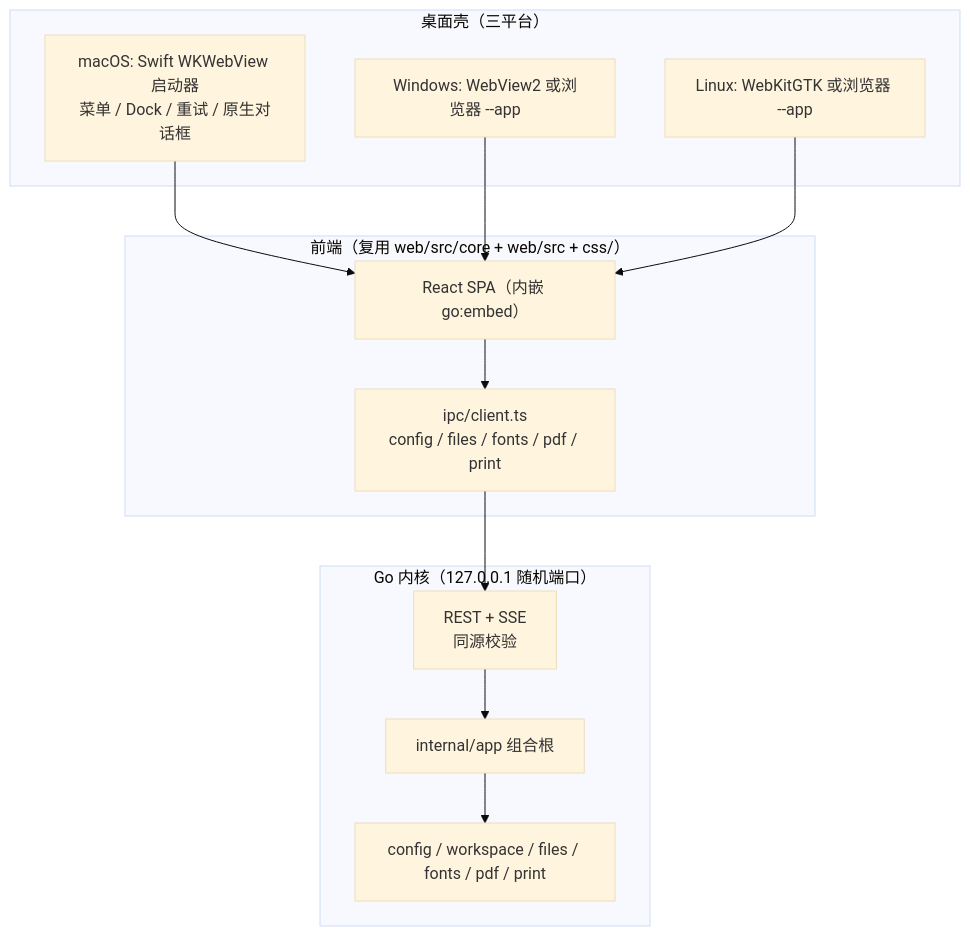
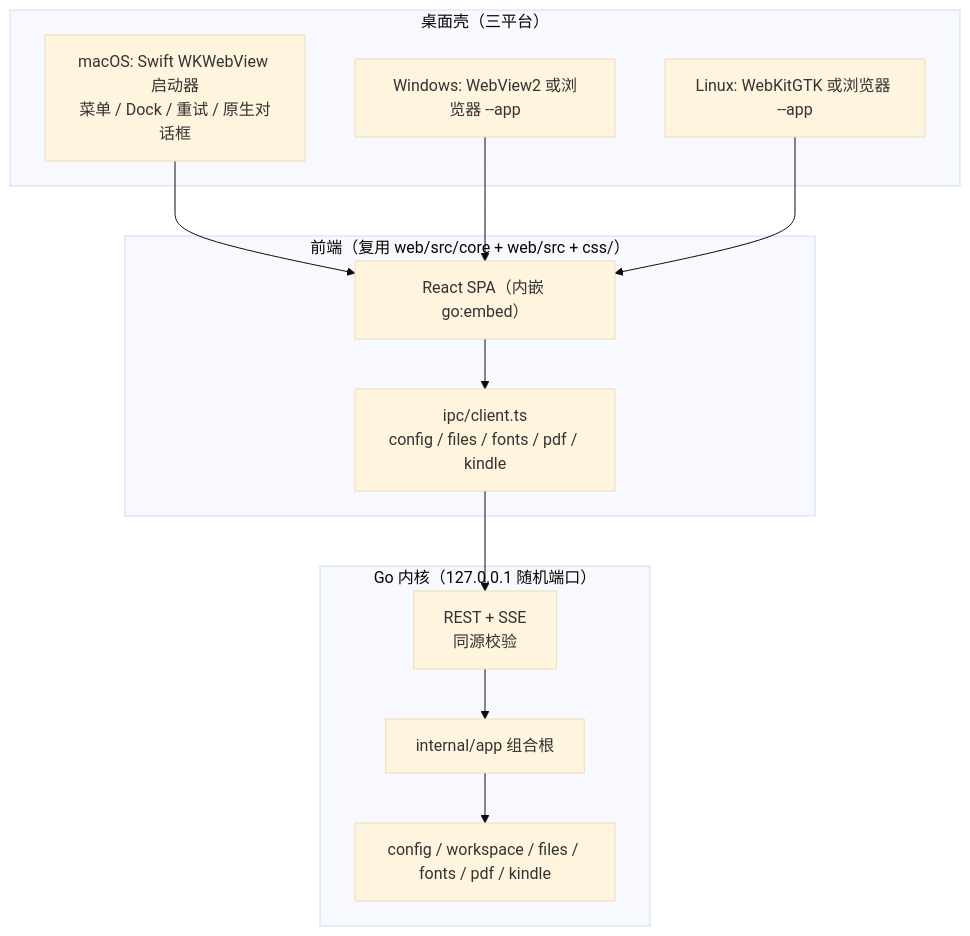
Before and after one commit to bubao/motie: the diagram in doc/desktop-architecture.md, drawn with Mermaid (base theme). The commit also changed other lines of this file and 124 other files, not shown here.

````diff
--- a/doc/desktop-architecture.md
+++ b/doc/desktop-architecture.md
@@ -33,21 +33,21 @@
 ```mermaid
 flowchart TB
   subgraph Shell["桌面壳（三平台）"]
     MAC["macOS: Swift WKWebView 启动器<br/>菜单 / Dock / 重试 / 原生对话框"]
     WIN["Windows: WebView2 或浏览器 --app"]
     LNX["Linux: WebKitGTK 或浏览器 --app"]
   end
   subgraph FE["前端（复用 web/src/core + web/src + css/）"]
     UI["React SPA（内嵌 go:embed）"]
-    IPC["ipc/client.ts<br/>config / files / fonts / pdf / print"]
+    IPC["ipc/client.ts<br/>config / files / fonts / pdf / kindle"]
   end
   subgraph BE["Go 内核（127.0.0.1 随机端口）"]
     API["REST + SSE<br/>同源校验"]
     APP["internal/app 组合根"]
-    SVC["config / workspace / files / fonts / pdf / print"]
+    SVC["config / workspace / files / fonts / pdf / kindle"]
   end
   UI --> IPC --> API --> APP --> SVC
   MAC --> UI
   WIN --> UI
   LNX --> UI
 ```
````
